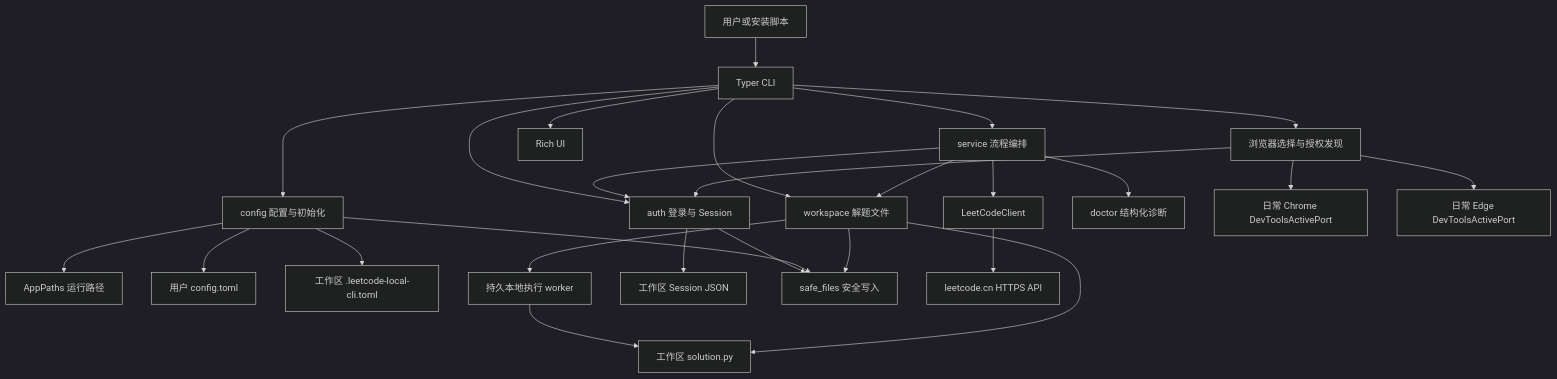
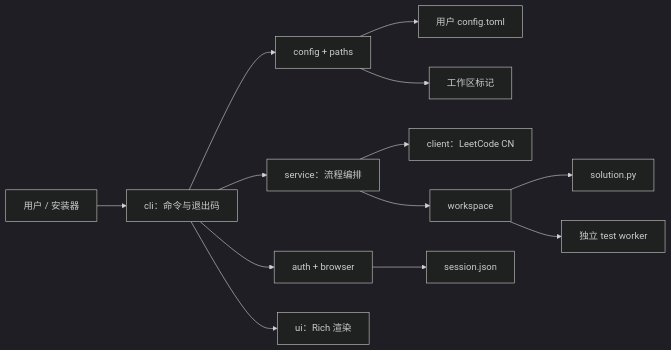
The diagram in docs/ARCHITECTURE.md (Aetherialter/leetcode-cn-local-cli), drawn with Mermaid (dark theme) before and after one commit. The commit also changed other lines of this file and 8 other files, not shown here.

````diff
--- a/docs/ARCHITECTURE.md
+++ b/docs/ARCHITECTURE.md
@@ -11,28 +11,15 @@
 ```mermaid
-flowchart TD
-    USER["用户或安装脚本"] --> CLI["Typer CLI"]
-    CLI --> CONFIG["config 配置与初始化"]
-    CONFIG --> PATHS["AppPaths 运行路径"]
-    CONFIG --> USERCFG["用户 config.toml"]
-    CONFIG --> WORKCFG["工作区 .leetcode-local-cli.toml"]
-    CLI --> SERVICE["service 流程编排"]
-    CLI --> AUTH["auth 登录与 Session"]
-    CLI --> BROWSER["浏览器选择与授权发现"]
-    CLI --> WORKSPACE["workspace 解题文件"]
-    SERVICE --> AUTH
-    SERVICE --> CLIENT["LeetCodeClient"]
-    SERVICE --> DOCTOR["doctor 结构化诊断"]
-    SERVICE --> WORKSPACE
-    WORKSPACE --> TESTRUNNER["持久本地执行 worker"]
-    TESTRUNNER --> SOLUTION
-    AUTH --> SESSION["工作区 Session JSON"]
-    BROWSER --> CHROME["日常 Chrome DevToolsActivePort"]
-    BROWSER --> EDGE["日常 Edge DevToolsActivePort"]
-    BROWSER --> AUTH
-    WORKSPACE --> SOLUTION["工作区 solution.py"]
-    AUTH --> SAFEFILES["safe_files 安全写入"]
-    CONFIG --> SAFEFILES
-    WORKSPACE --> SAFEFILES
-    CLIENT --> CN["leetcode.cn HTTPS API"]
-    CLI --> UI["Rich UI"]
+flowchart LR
+    U["用户 / 安装器"] --> CLI["cli：命令与退出码"]
+    CLI --> CFG["config + paths"]
+    CFG --> UC["用户 config.toml"]
+    CFG --> WC["工作区标记"]
+    CLI --> SVC["service：流程编排"]
+    CLI --> AUTH["auth + browser"]
+    SVC --> CLIENT["client：LeetCode CN"]
+    SVC --> WS["workspace"]
+    WS --> SOL["solution.py"]
+    WS --> RUN["独立 test worker"]
+    AUTH --> SESSION["session.json"]
+    CLI --> UI["ui：Rich 渲染"]
 ```
````
